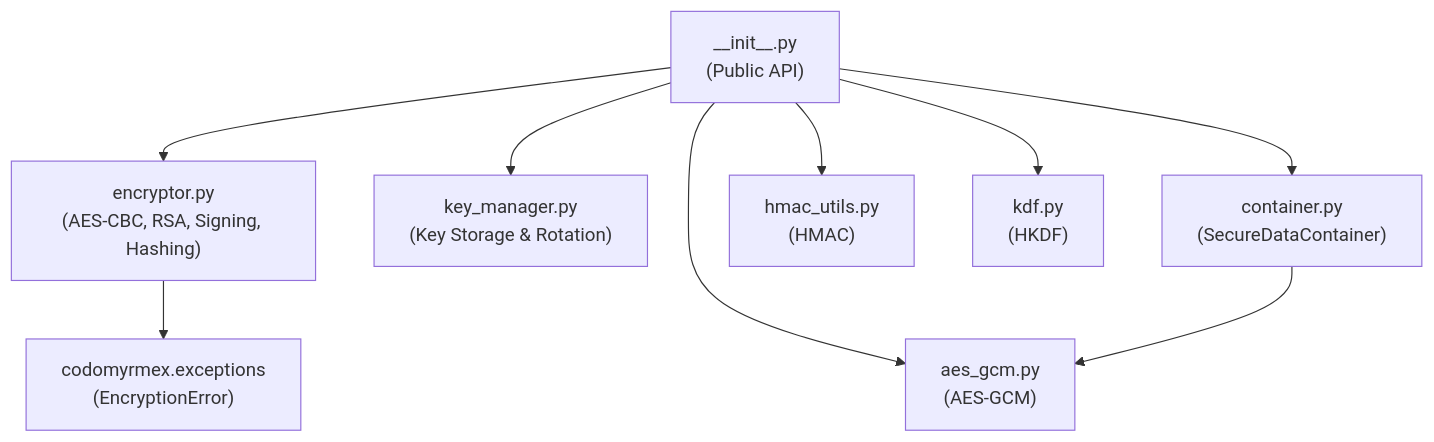
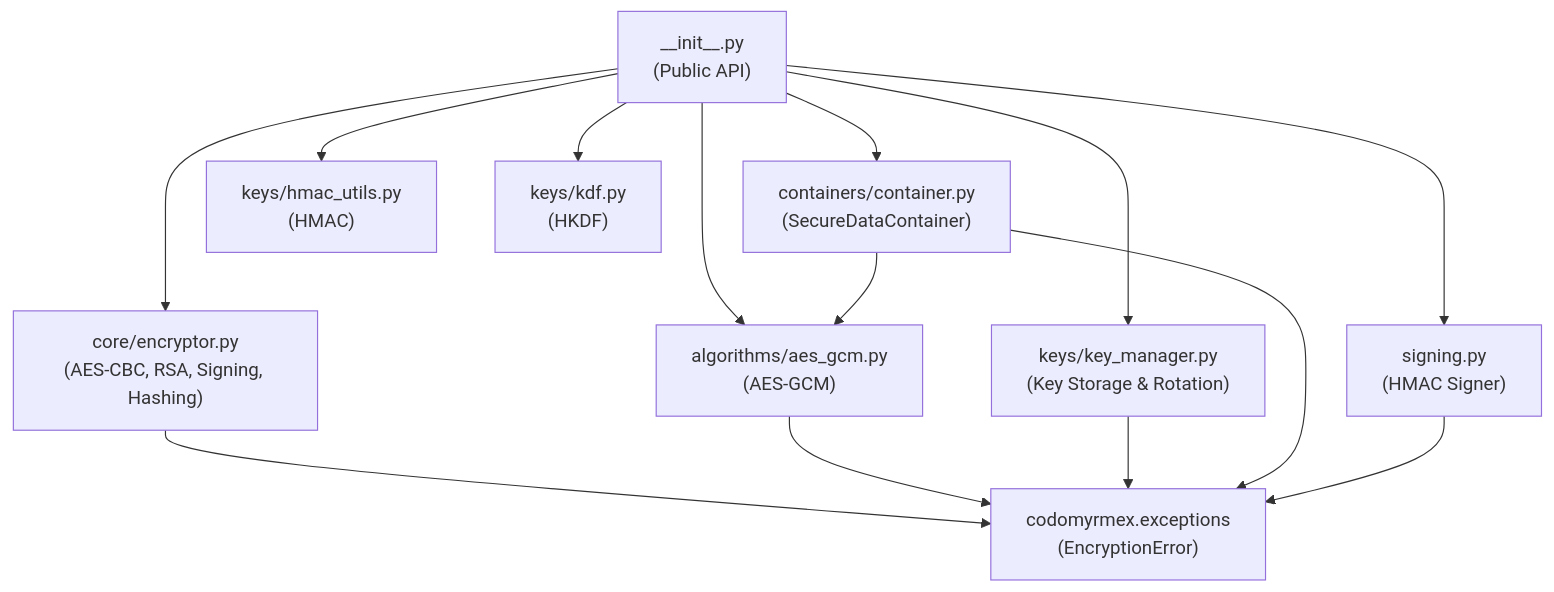
One commit to docxology/codomyrmex changed the diagram in src/codomyrmex/encryption/SPEC.md. Above: the diagram before and after it, drawn with Mermaid. The commit also changed other lines of this file and 402 other files, not shown here.

````diff
--- a/src/codomyrmex/encryption/SPEC.md
+++ b/src/codomyrmex/encryption/SPEC.md
@@ -51,20 +52,26 @@
 ```mermaid
 graph TD
     Init["__init__.py<br/>(Public API)"]
-    Enc["encryptor.py<br/>(AES-CBC, RSA, Signing, Hashing)"]
-    GCM["aes_gcm.py<br/>(AES-GCM)"]
-    KM["key_manager.py<br/>(Key Storage & Rotation)"]
-    SDC["container.py<br/>(SecureDataContainer)"]
-    HMAC["hmac_utils.py<br/>(HMAC)"]
-    KDF["kdf.py<br/>(HKDF)"]
+    Enc["core/encryptor.py<br/>(AES-CBC, RSA, Signing, Hashing)"]
+    GCM["algorithms/aes_gcm.py<br/>(AES-GCM)"]
+    KM["keys/key_manager.py<br/>(Key Storage & Rotation)"]
+    SDC["containers/container.py<br/>(SecureDataContainer)"]
+    HMAC["keys/hmac_utils.py<br/>(HMAC)"]
+    KDF["keys/kdf.py<br/>(HKDF)"]
     Exc["codomyrmex.exceptions<br/>(EncryptionError)"]
+    Sign["signing.py<br/>(HMAC Signer)"]
 
     Init --> Enc
     Init --> GCM
     Init --> KM
     Init --> SDC
     Init --> HMAC
     Init --> KDF
+    Init --> Sign
     SDC --> GCM
     Enc --> Exc
+    GCM --> Exc
+    KM --> Exc
+    SDC --> Exc
+    Sign --> Exc
 ```
````
